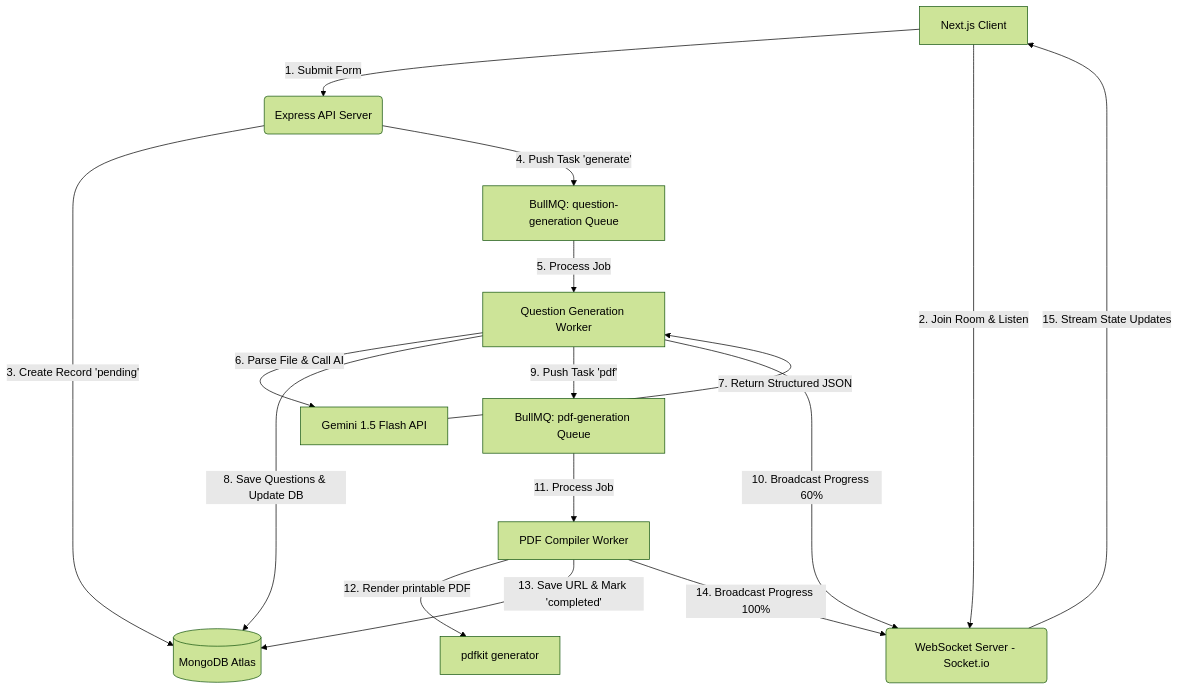
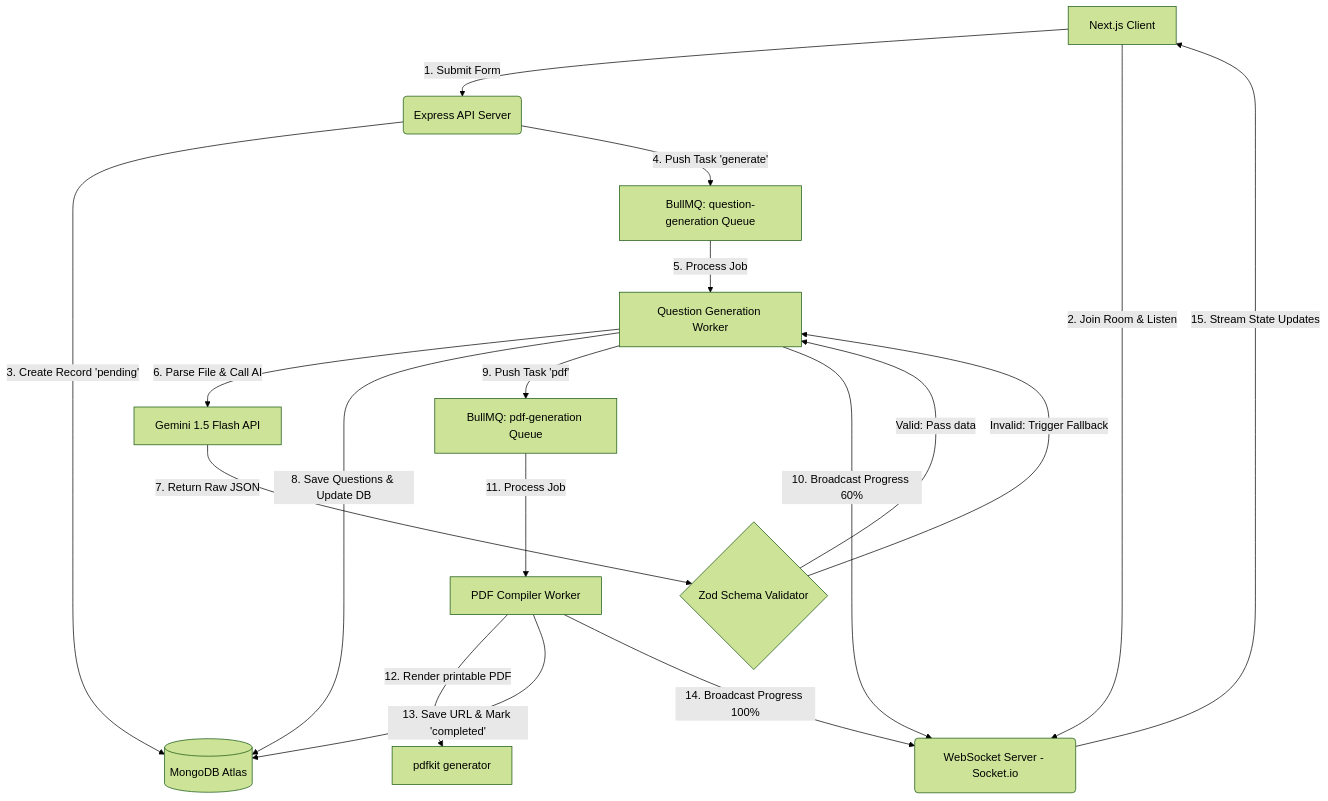
The diagram in README.md (AkankshaRaj07/VedaAI), drawn with Mermaid (forest theme) before and after one commit. The commit also changed 38 other files, not shown here.

Commit message:
feat: enhance backend architecture with Zod validation, global error handler, env checks and fix PDF layouts

````diff
--- a/README.md
+++ b/README.md
@@ -13,25 +13,27 @@
 ```mermaid
 graph TD
     %% Frontend Components
     A[Next.js Client] -->|1. Submit Form| B(Express API Server)
     A -->|2. Join Room & Listen| C(WebSocket Server - Socket.io)
     
     %% Backend API & Database
     B -->|3. Create Record 'pending'| D[(MongoDB Atlas)]
     B -->|4. Push Task 'generate'| E[BullMQ: question-generation Queue]
     
     %% Background Workers
     E -->|5. Process Job| F[Question Generation Worker]
     F -->|6. Parse File & Call AI| G[Gemini 1.5 Flash API]
-    G -->|7. Return Structured JSON| F
+    G -->|7. Return Raw JSON| Z{Zod Schema Validator}
+    Z -->|Valid: Pass data| F
+    Z -->|Invalid: Trigger Fallback| F
     F -->|8. Save Questions & Update DB| D
     F -->|9. Push Task 'pdf'| H[BullMQ: pdf-generation Queue]
     F -->|10. Broadcast Progress 60%| C
     
     H -->|11. Process Job| I[PDF Compiler Worker]
     I -->|12. Render printable PDF| J[pdfkit generator]
     I -->|13. Save URL & Mark 'completed'| D
     I -->|14. Broadcast Progress 100%| C
     
     C -->|15. Stream State Updates| A
 ```
````
